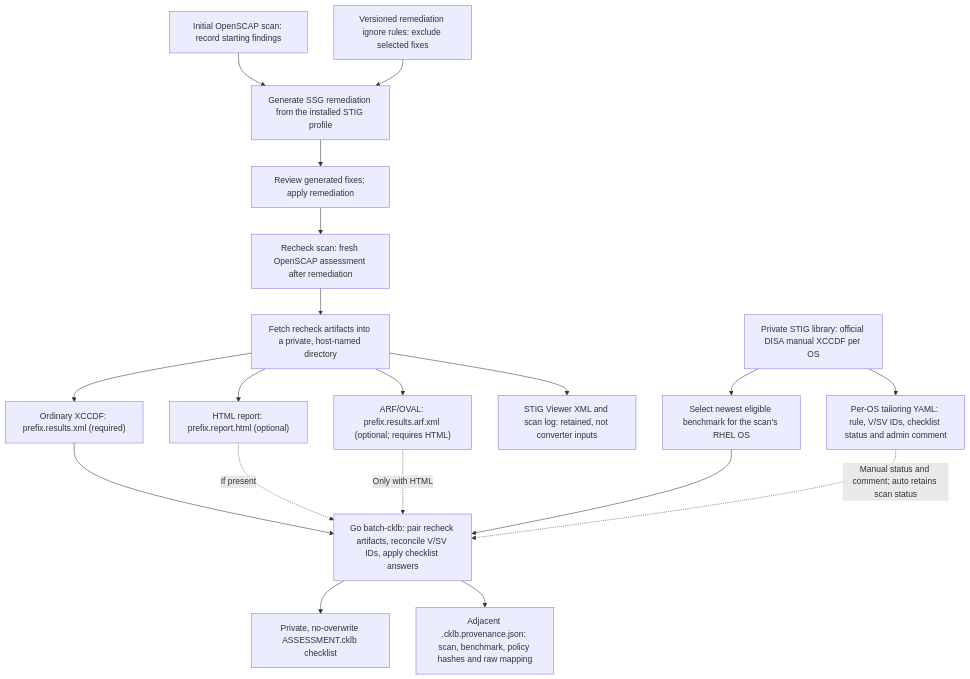
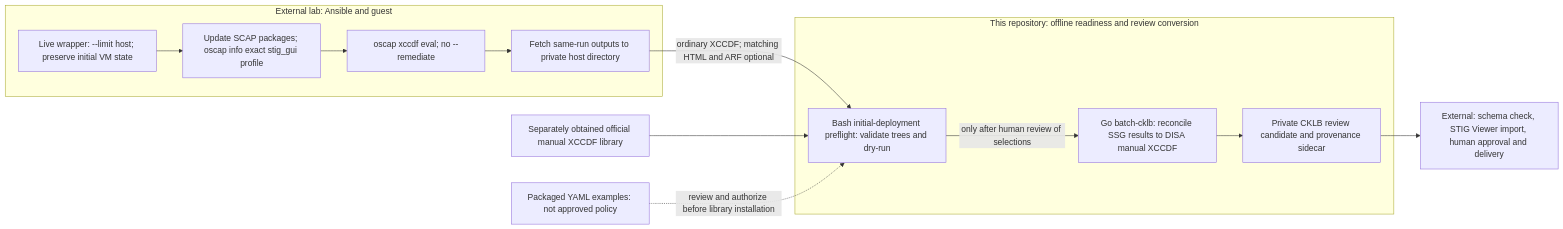
Before and after one commit to zcook44/burden-of-proof: the diagram in README.md, drawn with Mermaid. The commit also changed other lines of this file and 6 other files, not shown here.

Commit message:
docs: align offline preflight and scan review boundaries

````diff
--- a/README.md
+++ b/README.md
@@ -23,38 +23,20 @@
 ```mermaid
-flowchart TD
-    baseline["Initial OpenSCAP scan: record starting findings"]
-    fixes["Generate SSG remediation from the installed STIG profile"]
-    ignore["Versioned remediation ignore rules: exclude selected fixes"]
-    apply["Review generated fixes; apply remediation"]
-    recheck["Recheck scan: fresh OpenSCAP assessment after remediation"]
-    fetch["Fetch recheck artifacts into a private, host-named directory"]
-    xccdf["Ordinary XCCDF: prefix.results.xml (required)"]
-    html["HTML report: prefix.report.html (optional)"]
-    arf["ARF/OVAL: prefix.results.arf.xml (optional; requires HTML)"]
-    other["STIG Viewer XML and scan log: retained, not converter inputs"]
-    library["Private STIG library: official DISA manual XCCDF per OS"]
-    select["Select newest eligible benchmark for the scan's RHEL OS"]
-    answers["Per-OS tailoring YAML: rule, V/SV IDs, checklist status and admin comment"]
-    convert["Go batch-cklb: pair recheck artifacts, reconcile V/SV IDs, apply checklist answers"]
-    cklb["Private, no-overwrite ASSESSMENT.cklb checklist"]
-    provenance["Adjacent .cklb.provenance.json: scan, benchmark, policy hashes and raw mapping"]
-
-    baseline --> fixes
-    ignore --> fixes
-    fixes --> apply
-    apply --> recheck
-    recheck --> fetch
-    fetch --> xccdf
-    xccdf --> convert
-    fetch --> html
-    html -.->|If present| convert
-    fetch --> arf
-    arf -.->|Only with HTML| convert
-    fetch --> other
-    library --> select
-    select --> convert
-    library --> answers
-    answers -.->|Manual status and comment; auto retains scan status| convert
-    convert --> cklb
-    convert --> provenance
+flowchart LR
+    subgraph LAB["External lab: Ansible and guest"]
+        wrapper["Live wrapper: --limit host; preserve initial VM state"]
+        info["Update SCAP packages; oscap info exact stig_gui profile"]
+        scan["oscap xccdf eval; no --remediate"]
+        fetch["Fetch same-run outputs to private host directory"]
+        wrapper --> info --> scan --> fetch
+    end
+    subgraph REVIEW["This repository: offline readiness and review conversion"]
+        pre["Bash initial-deployment preflight: validate trees and dry-run"]
+        convert["Go batch-cklb: reconcile SSG results to DISA manual XCCDF"]
+        pair["Private CKLB review candidate and provenance sidecar"]
+        pre -->|only after human review of selections| convert --> pair
+    end
+    fetch -->|ordinary XCCDF; matching HTML and ARF optional| pre
+    library["Separately obtained official manual XCCDF library"] --> pre
+    example["Packaged YAML examples: not approved policy"] -.->|review and authorize before library installation| pre
+    pair --> external["External: schema check, STIG Viewer import, human approval and delivery"]
 ```
````
